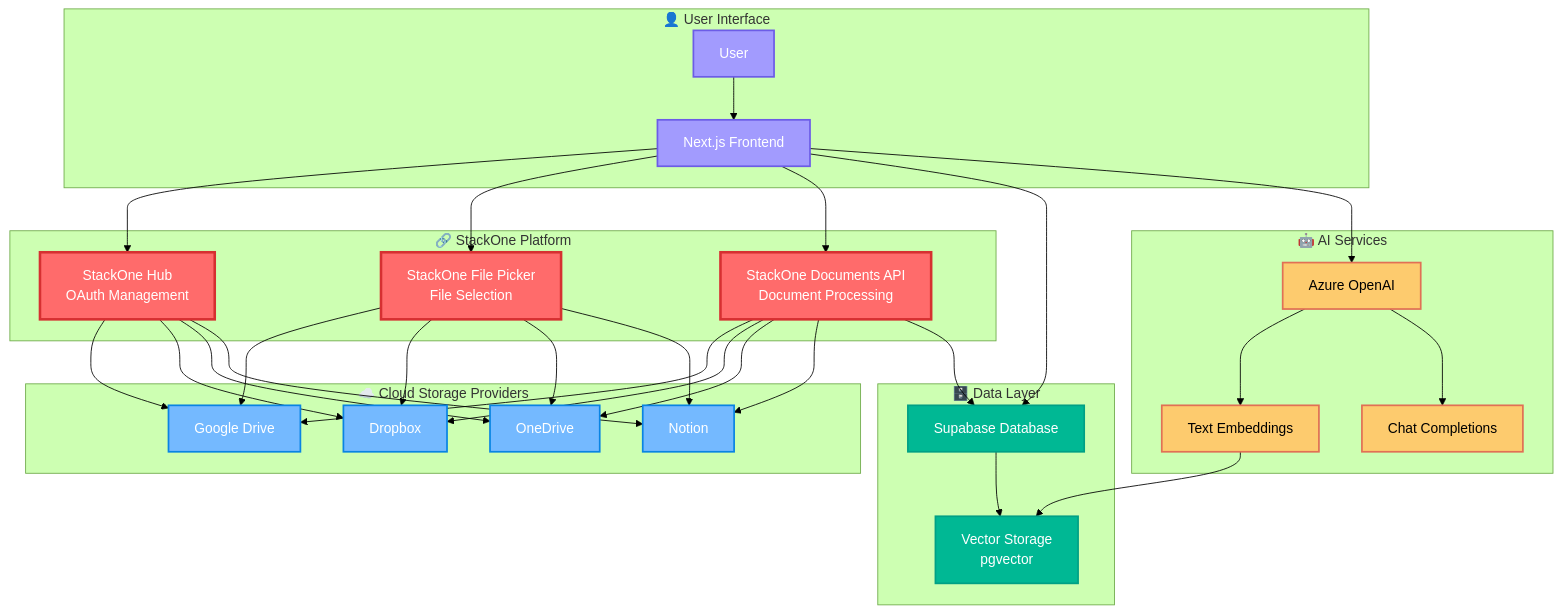
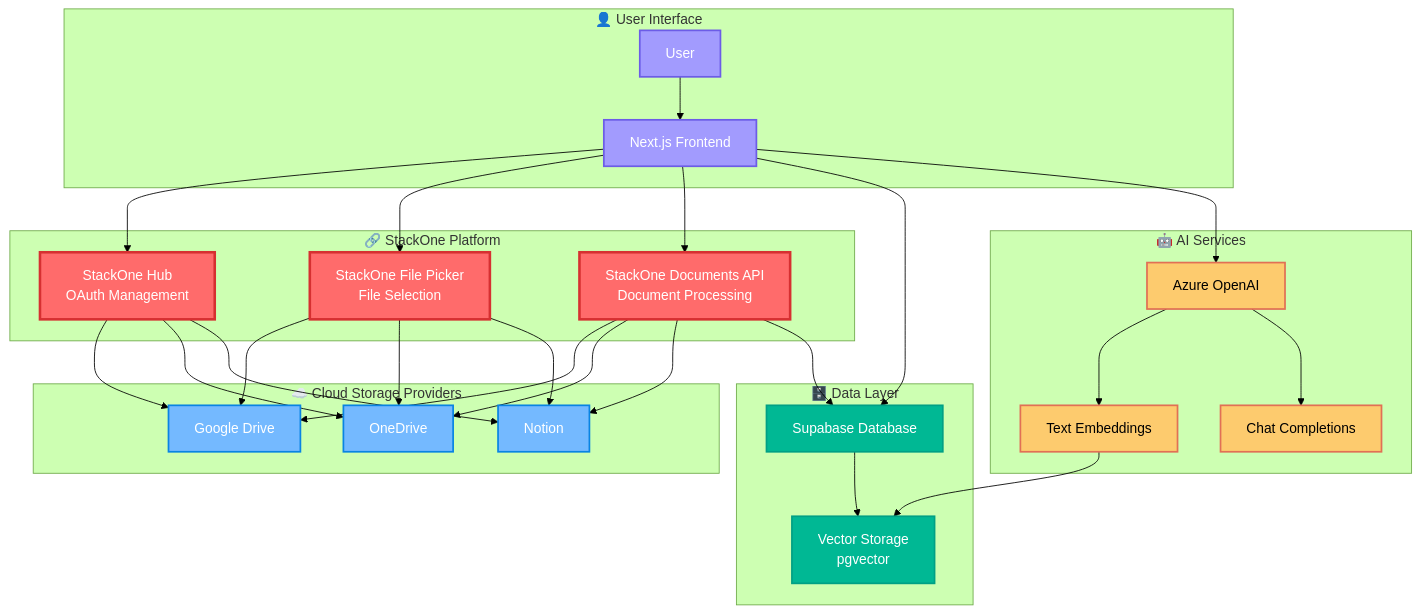
One commit to StackOneHQ/examples changed the diagram in apps/react-nextjs-knowledge-agent/README.md. Above: the diagram before and after it, drawn with Mermaid (forest theme). The commit also changed 3 other files, not shown here.

````diff
--- a/apps/react-nextjs-knowledge-agent/README.md
+++ b/apps/react-nextjs-knowledge-agent/README.md
@@ -95,77 +95,73 @@
 ```mermaid
 graph TB
     subgraph "👤 User Interface"
         U[User]
         UI[Next.js Frontend]
     end
     
     subgraph "🔗 StackOne Platform"
         HUB[StackOne Hub<br/>OAuth Management]
         PICKER[StackOne File Picker<br/>File Selection]
         API[StackOne Documents API<br/>Document Processing]
     end
     
     subgraph "☁️ Cloud Storage Providers"
         GD[Google Drive]
-        DB[Dropbox]
         OD[OneDrive]
         NT[Notion]
     end
     
     subgraph "🗄️ Data Layer"
         SUP[Supabase Database]
         VEC[Vector Storage<br/>pgvector]
     end
     
     subgraph "🤖 AI Services"
         AZURE[Azure OpenAI]
         EMB[Text Embeddings]
         LLM[Chat Completions]
     end
     
     %% User interactions
     U --> UI
     UI --> HUB
     UI --> PICKER
     UI --> API
     
     %% StackOne integrations
     HUB --> GD
-    HUB --> DB
     HUB --> OD
     HUB --> NT
     
     PICKER --> GD
-    PICKER --> DB
     PICKER --> OD
     PICKER --> NT
     
     API --> GD
-    API --> DB
     API --> OD
     API --> NT
     
     %% Data flow
     API --> SUP
     SUP --> VEC
     UI --> SUP
     
     %% AI processing
     UI --> AZURE
     AZURE --> EMB
     AZURE --> LLM
     EMB --> VEC
     
     %% Styling
     classDef stackone fill:#ff6b6b,stroke:#d63031,stroke-width:3px,color:#fff
     classDef cloud fill:#74b9ff,stroke:#0984e3,stroke-width:2px,color:#fff
     classDef database fill:#00b894,stroke:#00a085,stroke-width:2px,color:#fff
     classDef ai fill:#fdcb6e,stroke:#e17055,stroke-width:2px,color:#000
     classDef user fill:#a29bfe,stroke:#6c5ce7,stroke-width:2px,color:#fff
     
     class HUB,PICKER,API stackone
-    class GD,DB,OD,NT cloud
+    class GD,OD,NT cloud
     class SUP,VEC database
     class AZURE,EMB,LLM ai
     class U,UI user
 ```
````
